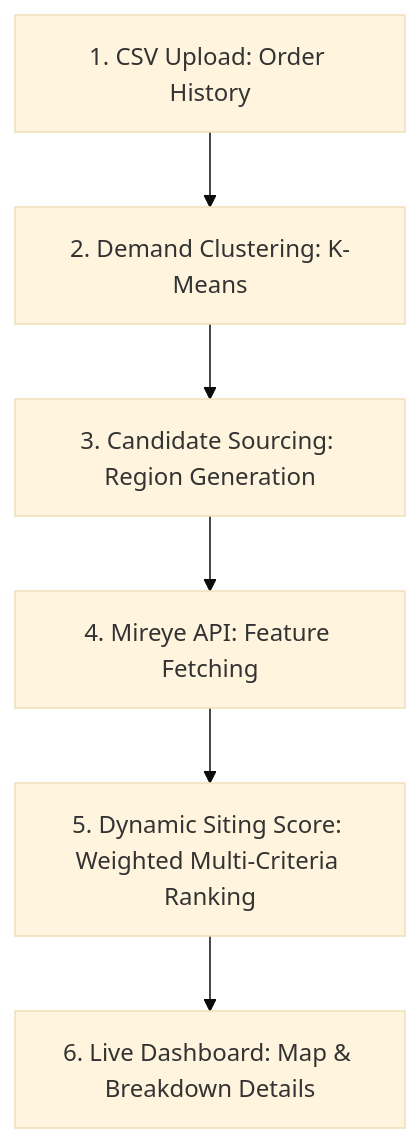
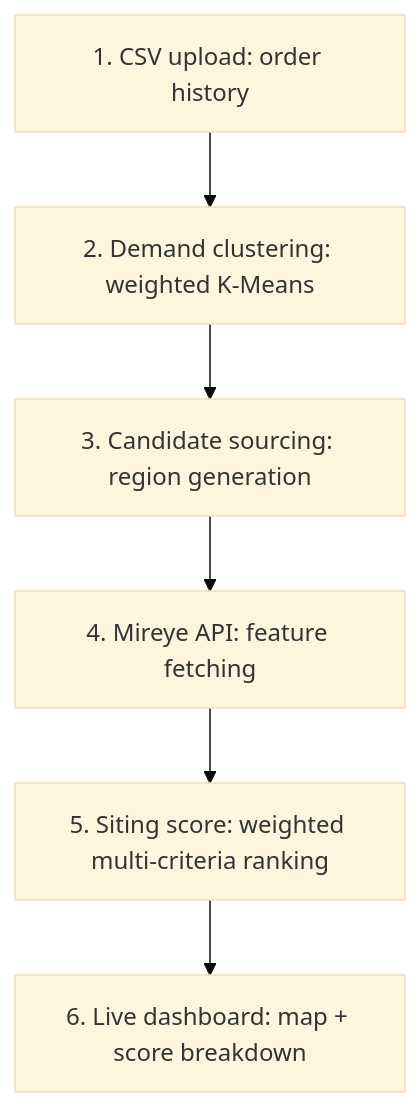
The diagram in README.md (navyabijoy/mireye-anchorpoint), drawn with Mermaid (base theme) before and after one commit. The commit also changed other lines of this file, not shown here.

````diff
--- a/README.md
+++ b/README.md
@@ -28,8 +41,8 @@
 ```mermaid
 graph TD
-    A[1. CSV Upload: Order History] --> B[2. Demand Clustering: K-Means]
-    B --> C[3. Candidate Sourcing: Region Generation]
-    C --> D[4. Mireye API: Feature Fetching]
-    D --> E[5. Dynamic Siting Score: Weighted Multi-Criteria Ranking]
-    E --> F[6. Live Dashboard: Map & Breakdown Details]
+    A[1. CSV upload: order history] --> B[2. Demand clustering: weighted K-Means]
+    B --> C[3. Candidate sourcing: region generation]
+    C --> D[4. Mireye API: feature fetching]
+    D --> E[5. Siting score: weighted multi-criteria ranking]
+    E --> F[6. Live dashboard: map + score breakdown]
 ```
````
